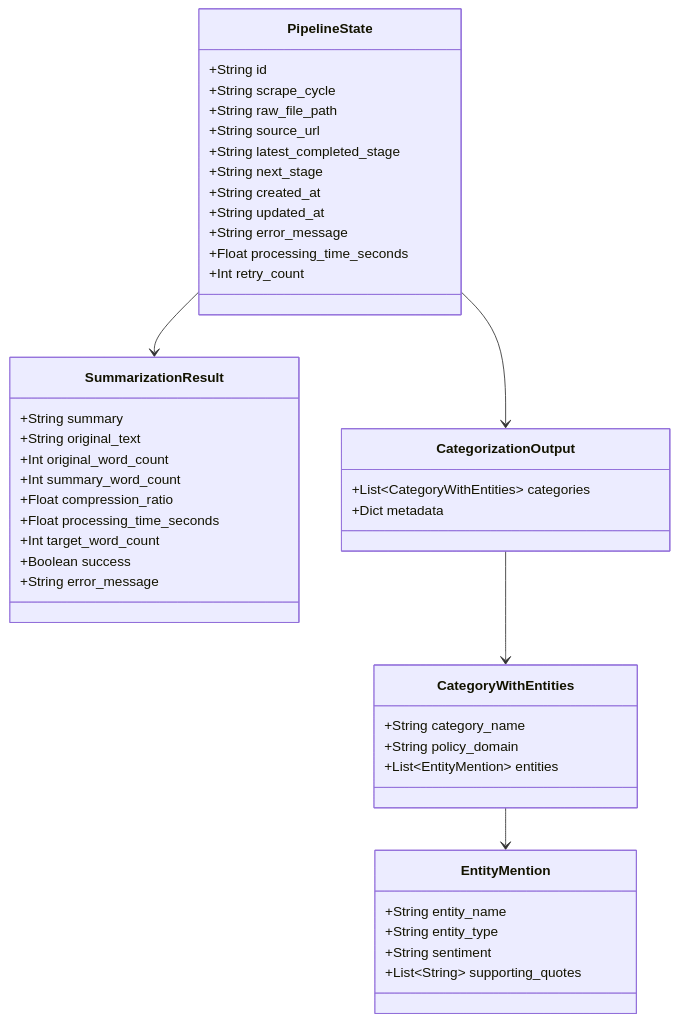
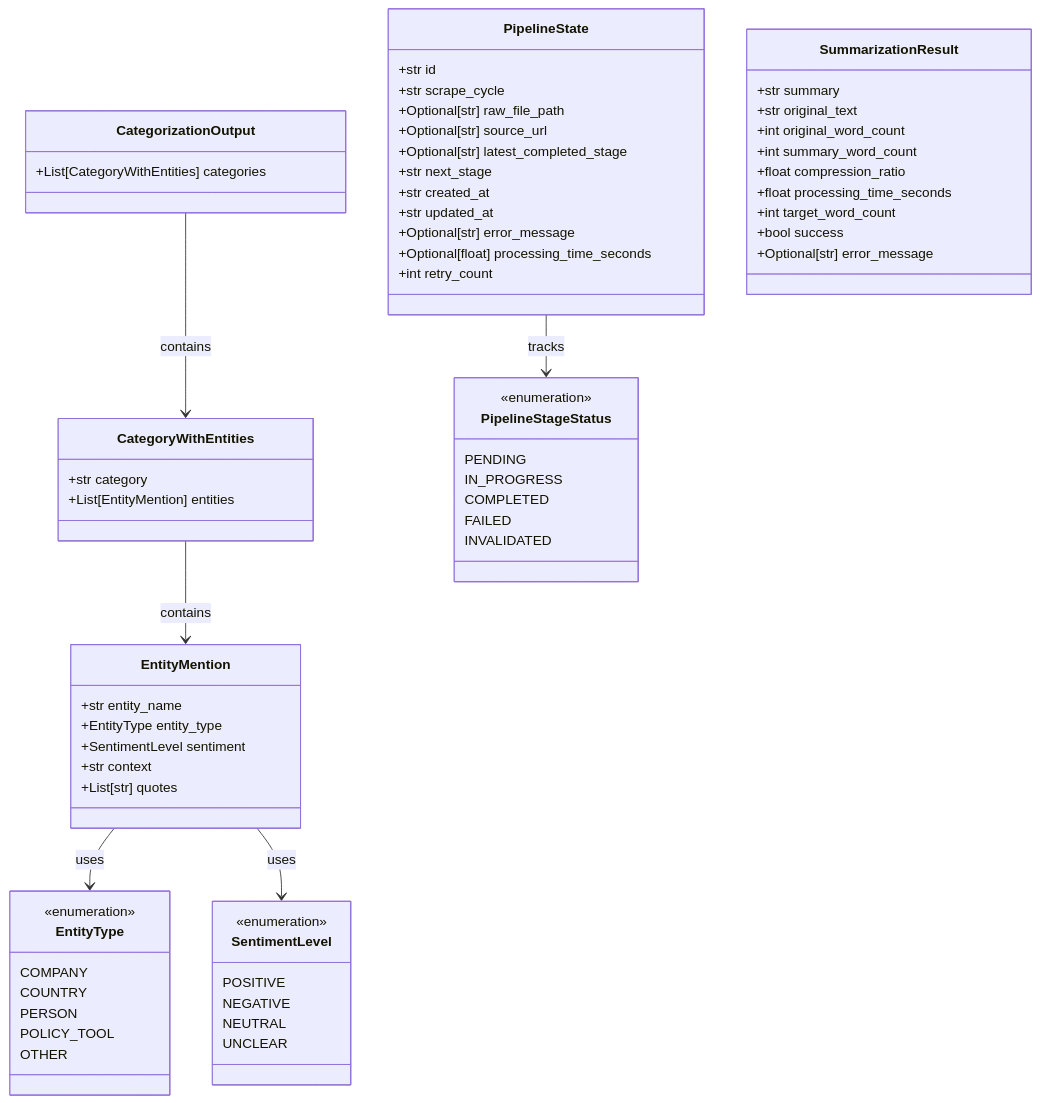
One commit to dmitriyratu/DiscourseKG changed the third of 4 diagrams in documentation/architecture.md. Above: the diagram before and after it, drawn with Mermaid. The commit also changed other lines of this file and 2 other files, not shown here.

First line of the commit message:
refactor: delete outdated cursor rules and update architecture documentation

````diff
--- a/documentation/architecture.md
+++ b/documentation/architecture.md
@@ -93,51 +169,77 @@
 ```mermaid
 classDiagram
     class PipelineState {
-        +String id
-        +String scrape_cycle
-        +String raw_file_path
-        +String source_url
-        +String latest_completed_stage
-        +String next_stage
-        +String created_at
-        +String updated_at
-        +String error_message
-        +Float processing_time_seconds
-        +Int retry_count
+        +str id
+        +str scrape_cycle
+        +Optional[str] raw_file_path
+        +Optional[str] source_url
+        +Optional[str] latest_completed_stage
+        +str next_stage
+        +str created_at
+        +str updated_at
+        +Optional[str] error_message
+        +Optional[float] processing_time_seconds
+        +int retry_count
+    }
+    
+    class EntityMention {
+        +str entity_name
+        +EntityType entity_type
+        +SentimentLevel sentiment
+        +str context
+        +List[str] quotes
+    }
+    
+    class CategoryWithEntities {
+        +str category
+        +List[EntityMention] entities
+    }
+    
+    class CategorizationOutput {
+        +List[CategoryWithEntities] categories
     }
     
     class SummarizationResult {
-        +String summary
-        +String original_text
-        +Int original_word_count
-        +Int summary_word_count
-        +Float compression_ratio
-        +Float processing_time_seconds
-        +Int target_word_count
-        +Boolean success
-        +String error_message
+        +str summary
+        +str original_text
+        +int original_word_count
+        +int summary_word_count
+        +float compression_ratio
+        +float processing_time_seconds
+        +int target_word_count
+        +bool success
+        +Optional[str] error_message
     }
     
-    class CategorizationOutput {
-        +List~CategoryWithEntities~ categories
-        +Dict metadata
+    class EntityType {
+        <<enumeration>>
+        COMPANY
+        COUNTRY
+        PERSON
+        POLICY_TOOL
+        OTHER
     }
     
-    class CategoryWithEntities {
-        +String category_name
-        +String policy_domain
-        +List~EntityMention~ entities
+    class SentimentLevel {
+        <<enumeration>>
+        POSITIVE
+        NEGATIVE
+        NEUTRAL
+        UNCLEAR
     }
     
-    class EntityMention {
-        +String entity_name
-        +String entity_type
-        +String sentiment
-        +List~String~ supporting_quotes
+    class PipelineStageStatus {
+        <<enumeration>>
+        PENDING
+        IN_PROGRESS
+        COMPLETED
+        FAILED
+        INVALIDATED
     }
     
-    PipelineState --> SummarizationResult
-    PipelineState --> CategorizationOutput
-    CategorizationOutput --> CategoryWithEntities
-    CategoryWithEntities --> EntityMention
+    CategoryWithEntities --> EntityMention : contains
+    CategorizationOutput --> CategoryWithEntities : contains
+    EntityMention --> EntityType : uses
+    EntityMention --> SentimentLevel : uses
+    PipelineState --> PipelineStageStatus : tracks
 ```
````
